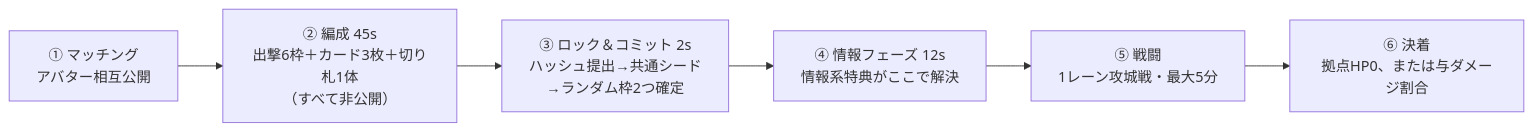
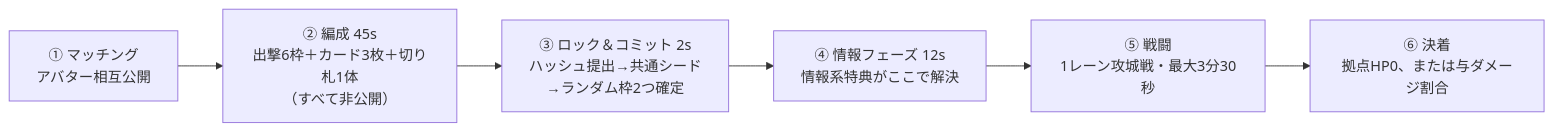
One commit to shogodayo0210-oss/- changed the diagram in game/README.md. Above: the diagram before and after it, drawn with Mermaid. The commit also changed other lines of this file and 7 other files, not shown here.

````diff
--- a/game/README.md
+++ b/game/README.md
@@ -51,8 +51,8 @@
 ```mermaid
 flowchart LR
   A["① マッチング<br/>アバター相互公開"] --> B["② 編成 45s<br/>出撃6枠＋カード3枚＋切り札1体<br/>（すべて非公開）"]
   B --> C["③ ロック＆コミット 2s<br/>ハッシュ提出→共通シード<br/>→ランダム枠2つ確定"]
   C --> D["④ 情報フェーズ 12s<br/>情報系特典がここで解決"]
-  D --> E["⑤ 戦闘<br/>1レーン攻城戦・最大5分"]
+  D --> E["⑤ 戦闘<br/>1レーン攻城戦・最大3分30秒"]
   E --> F["⑥ 決着<br/>拠点HP0、または与ダメージ割合"]
 ```
````
